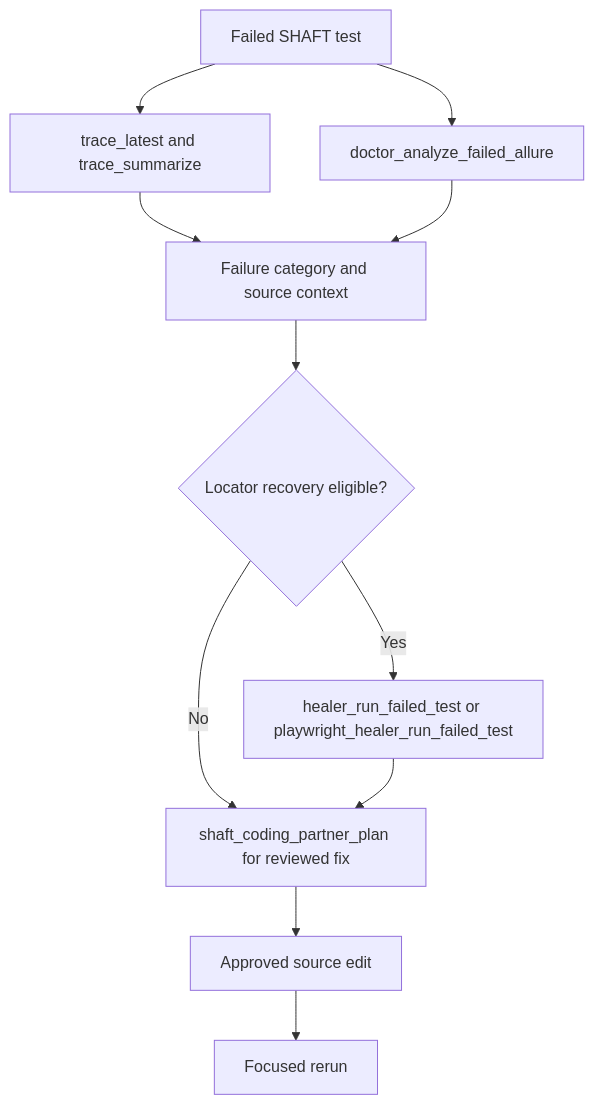
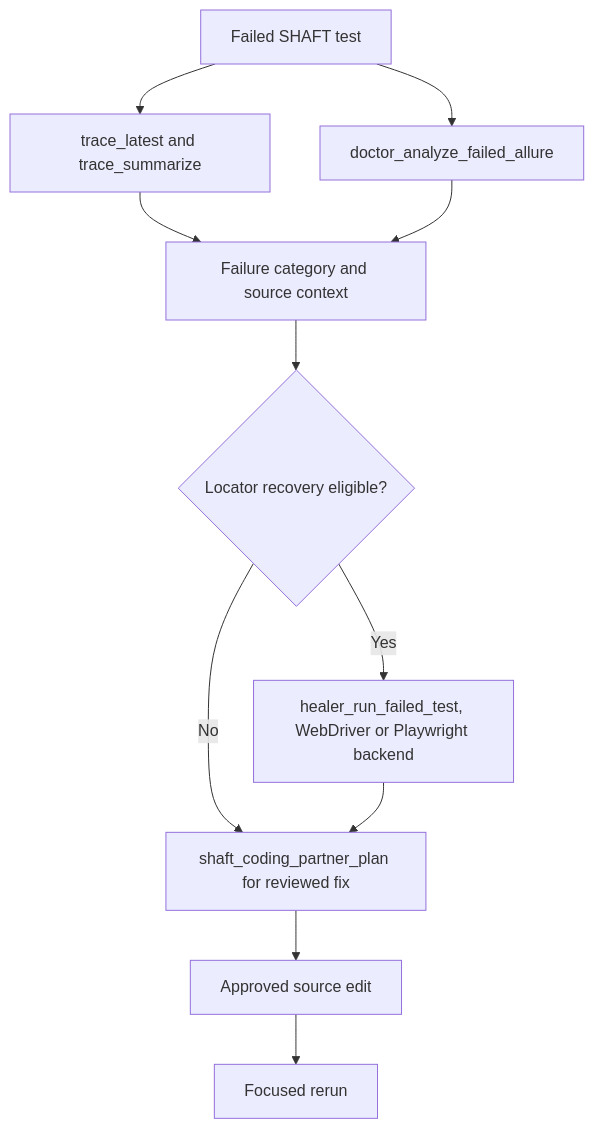
One commit to ShaftHQ/shafthq.github.io changed the fourth of 4 diagrams in docs/agentic/intellij.md. Above: the diagram before and after it, drawn with Mermaid. The commit also changed other lines of this file and 6 other files, not shown here.

````diff
--- a/docs/agentic/intellij.md
+++ b/docs/agentic/intellij.md
@@ -347,13 +347,13 @@
 ```mermaid
 flowchart TD
     Failure[Failed SHAFT test] --> Trace[trace_latest and trace_summarize]
     Failure --> Doctor[doctor_analyze_failed_allure]
     Trace --> Cause[Failure category and source context]
     Doctor --> Cause
     Cause --> Heal{Locator recovery eligible?}
-    Heal -->|Yes| Healer[healer_run_failed_test or playwright_healer_run_failed_test]
+    Heal -->|Yes| Healer[healer_run_failed_test, WebDriver or Playwright backend]
     Heal -->|No| FixPlan[shaft_coding_partner_plan for reviewed fix]
     Healer --> FixPlan
     FixPlan --> Patch[Approved source edit]
     Patch --> Validate[Focused rerun]
 ```
````
